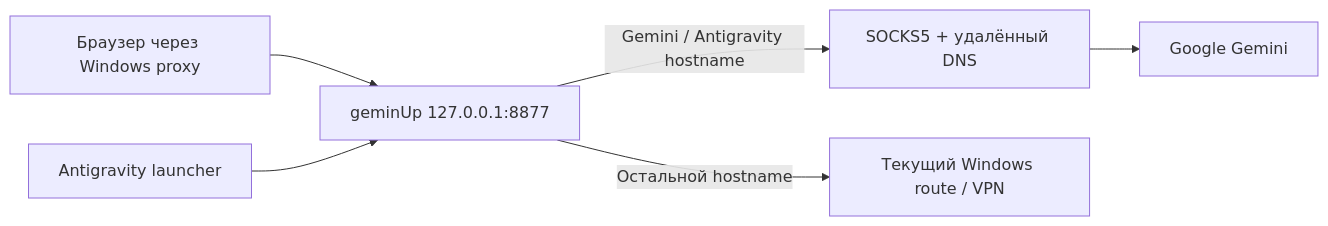
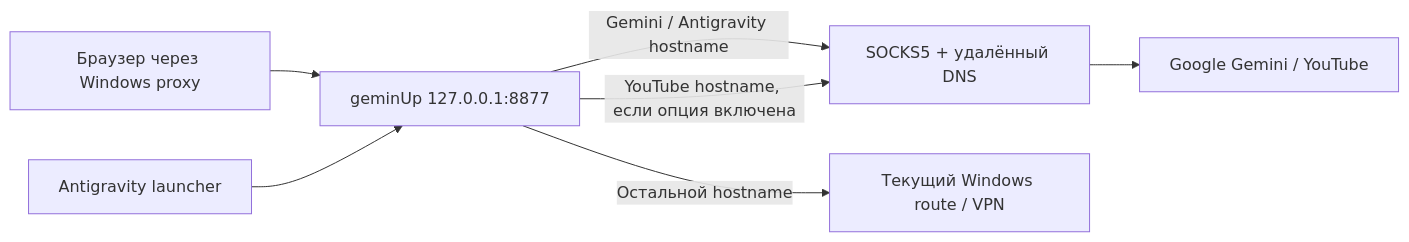
The diagram in README.md (rasfsaf/geminUp), drawn with Mermaid before and after one commit. The commit also changed other lines of this file and 3 other files, not shown here.

Commit message:
feat: add optional YouTube routing

````diff
--- a/README.md
+++ b/README.md
@@ -97,8 +100,9 @@
 ```mermaid
 flowchart LR
     A["Браузер через Windows proxy"] --> B["geminUp 127.0.0.1:8877"]
     AG["Antigravity launcher"] --> B
     B -->|"Gemini / Antigravity hostname"| C["SOCKS5 + удалённый DNS"]
+    B -->|"YouTube hostname, если опция включена"| C
     B -->|"Остальной hostname"| D["Текущий Windows route / VPN"]
-    C --> E["Google Gemini"]
+    C --> E["Google Gemini / YouTube"]
 ```
````
